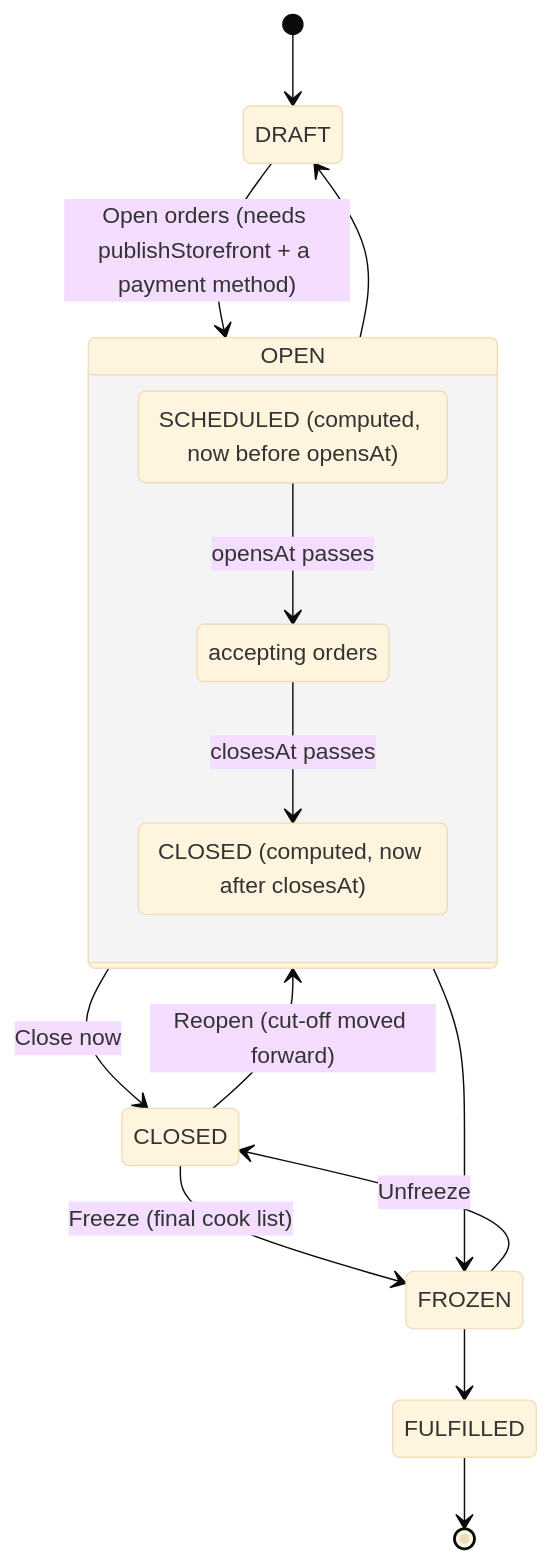
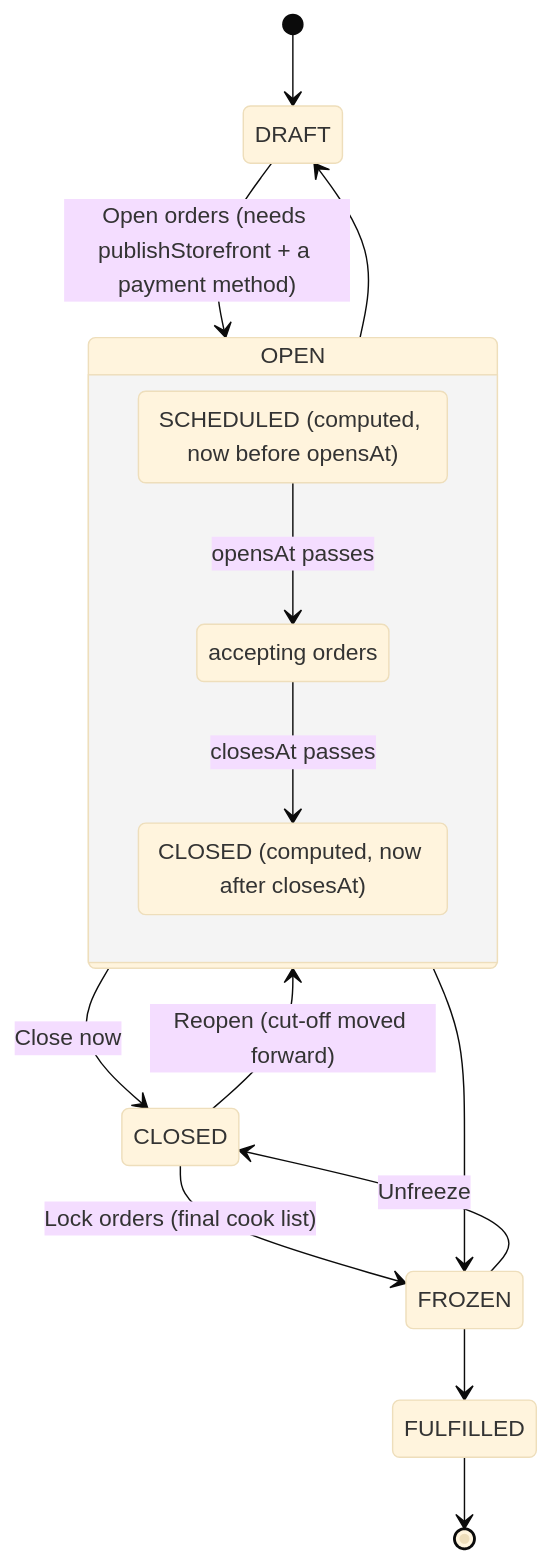
The ninth of 10 diagrams in ARCHITECTURE.md (gengirish/awaazos), drawn with Mermaid (base theme) before and after one commit. The commit also changed 115 other files, not shown here.

````diff
--- a/ARCHITECTURE.md
+++ b/ARCHITECTURE.md
@@ -676,21 +676,21 @@
 ```mermaid
 stateDiagram-v2
     [*] --> DRAFT
     DRAFT --> OPEN: Open orders (needs publishStorefront + a payment method)
     OPEN --> DRAFT
     OPEN --> CLOSED: Close now
     OPEN --> FROZEN
     CLOSED --> OPEN: Reopen (cut-off moved forward)
-    CLOSED --> FROZEN: Freeze (final cook list)
+    CLOSED --> FROZEN: Lock orders (final cook list)
     FROZEN --> CLOSED: Unfreeze
     FROZEN --> FULFILLED
     FULFILLED --> [*]
 
     state OPEN {
         SCHEDULED: SCHEDULED (computed, now before opensAt)
         ACCEPTING: accepting orders
         LAZY_CLOSED: CLOSED (computed, now after closesAt)
         SCHEDULED --> ACCEPTING: opensAt passes
         ACCEPTING --> LAZY_CLOSED: closesAt passes
     }
 ```
````
